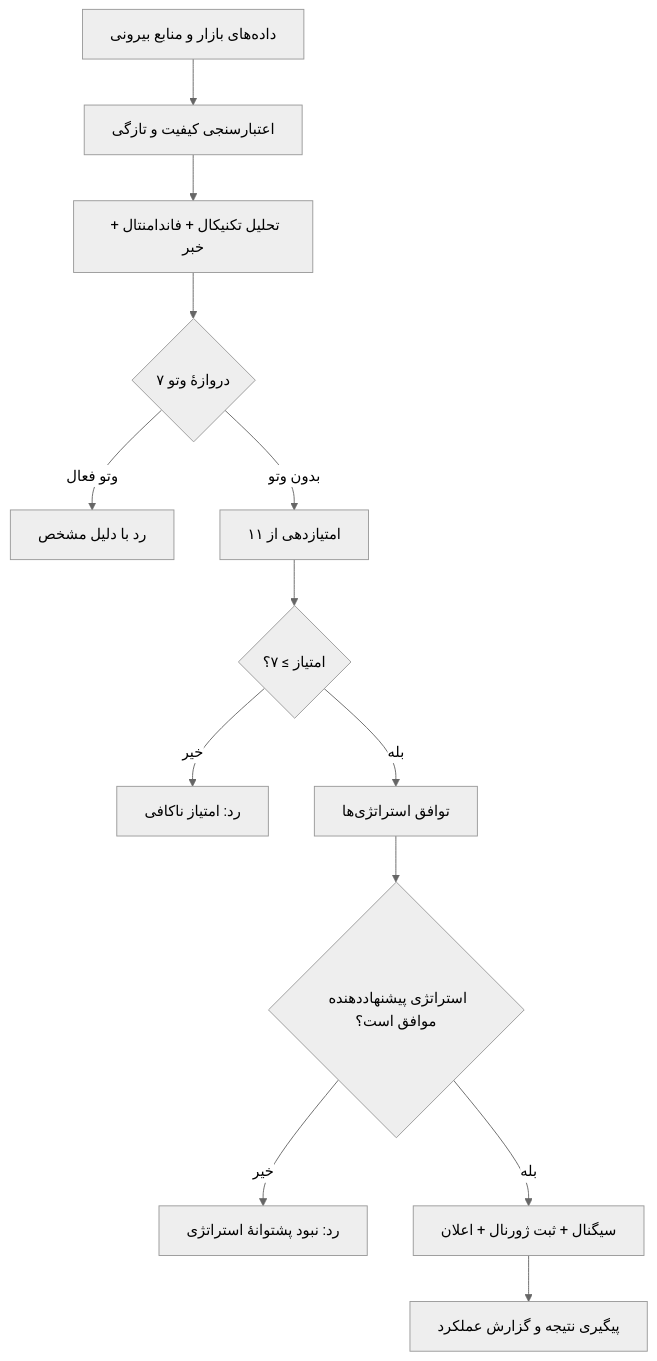
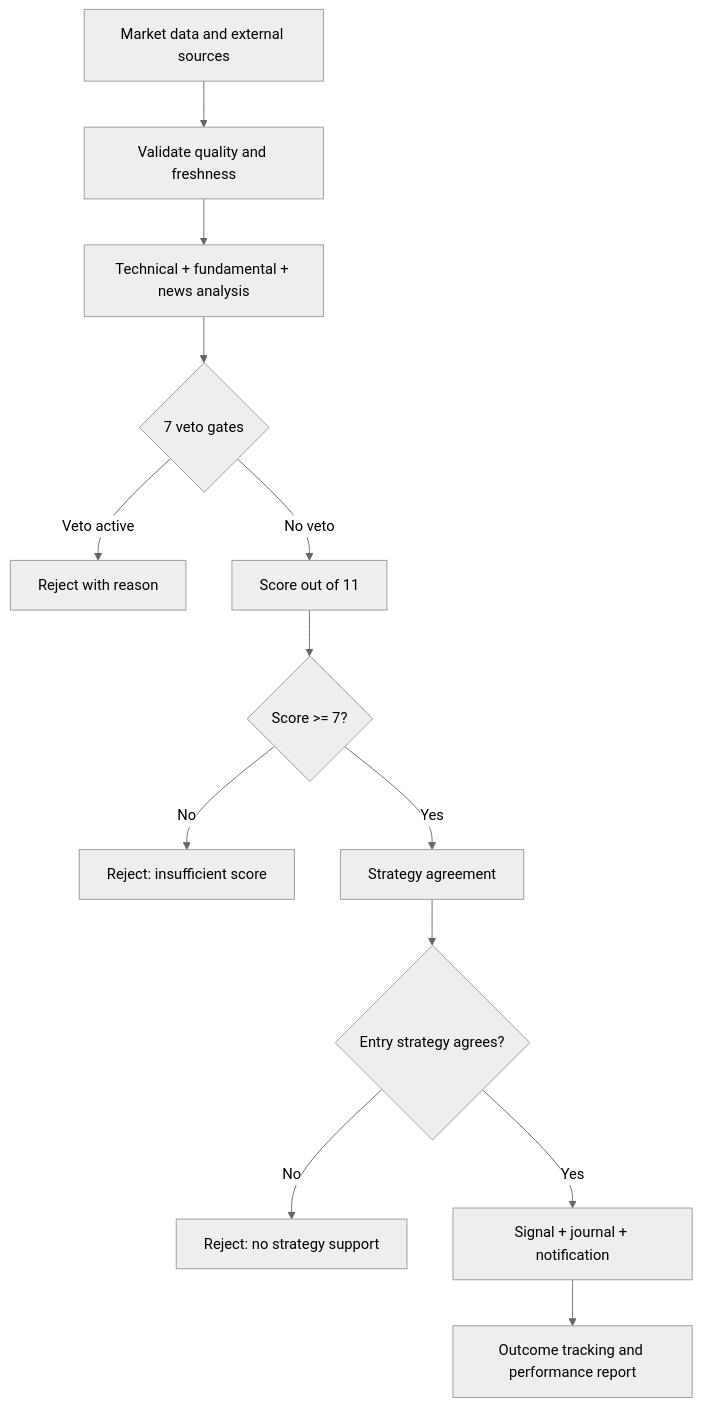
Before and after one commit to Suushian/Odin-Assistant: the first of 3 diagrams in README.md, drawn with Mermaid (neutral theme). The commit also changed other lines of this file, not shown here.

Commit message:
docs: fix RTL header and simplify Mermaid diagrams

````diff
--- a/README.md
+++ b/README.md
@@ -61,15 +56,15 @@
 ```mermaid
 flowchart TD
-    A["داده‌های بازار و منابع بیرونی"] --> B["اعتبارسنجی کیفیت و تازگی"]
-    B --> C["تحلیل تکنیکال + فاندامنتال + خبر"]
-    C --> D{"۷ دروازهٔ وتو"}
-    D -- "وتو فعال" --> X["رد با دلیل مشخص"]
-    D -- "بدون وتو" --> E["امتیازدهی از ۱۱"]
-    E --> F{"امتیاز ≥ ۷؟"}
-    F -- "خیر" --> Y["رد: امتیاز ناکافی"]
-    F -- "بله" --> G["توافق استراتژی‌ها"]
-    G --> H{"استراتژی پیشنهاددهنده موافق است؟"}
-    H -- "خیر" --> Z["رد: نبود پشتوانهٔ استراتژی"]
-    H -- "بله" --> I["سیگنال + ثبت ژورنال + اعلان"]
-    I --> J["پیگیری نتیجه و گزارش عملکرد"]
+    A["Market data and external sources"] --> B["Validate quality and freshness"]
+    B --> C["Technical + fundamental + news analysis"]
+    C --> D{"7 veto gates"}
+    D -- "Veto active" --> X["Reject with reason"]
+    D -- "No veto" --> E["Score out of 11"]
+    E --> F{"Score >= 7?"}
+    F -- "No" --> Y["Reject: insufficient score"]
+    F -- "Yes" --> G["Strategy agreement"]
+    G --> H{"Entry strategy agrees?"}
+    H -- "No" --> Z["Reject: no strategy support"]
+    H -- "Yes" --> I["Signal + journal + notification"]
+    I --> J["Outcome tracking and performance report"]
 ```
````
